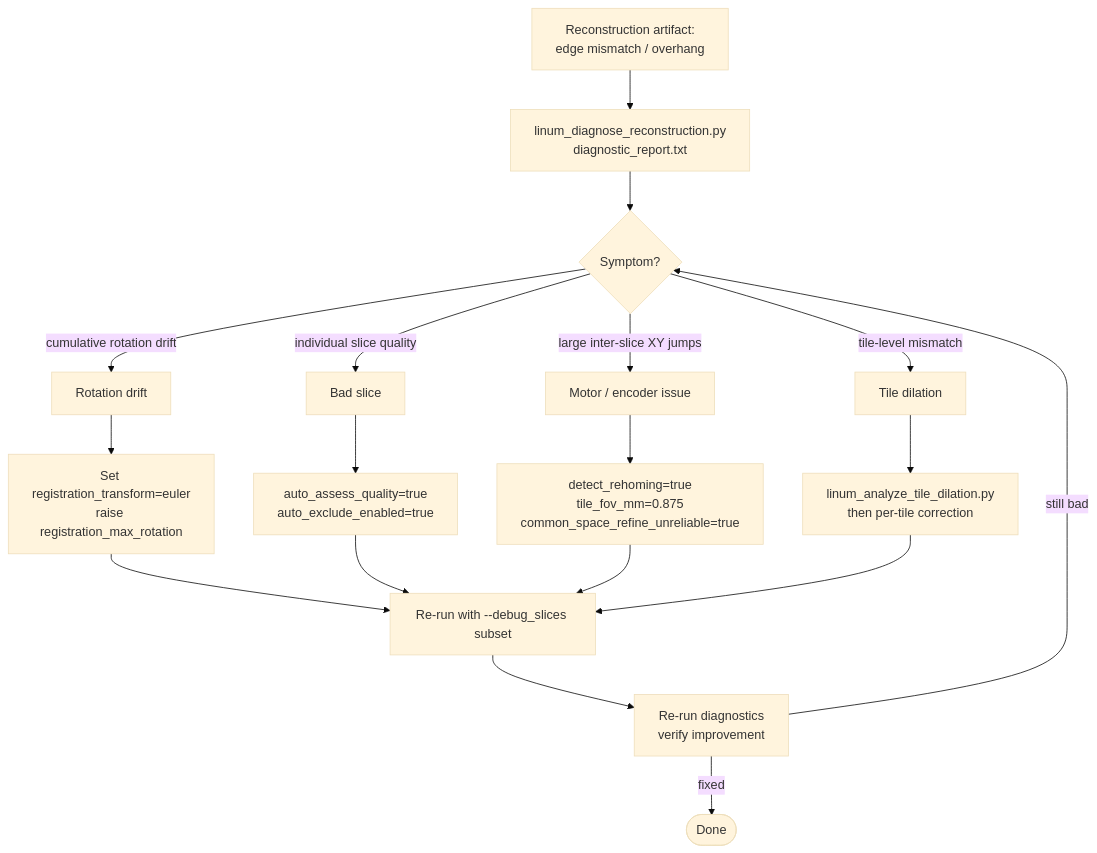
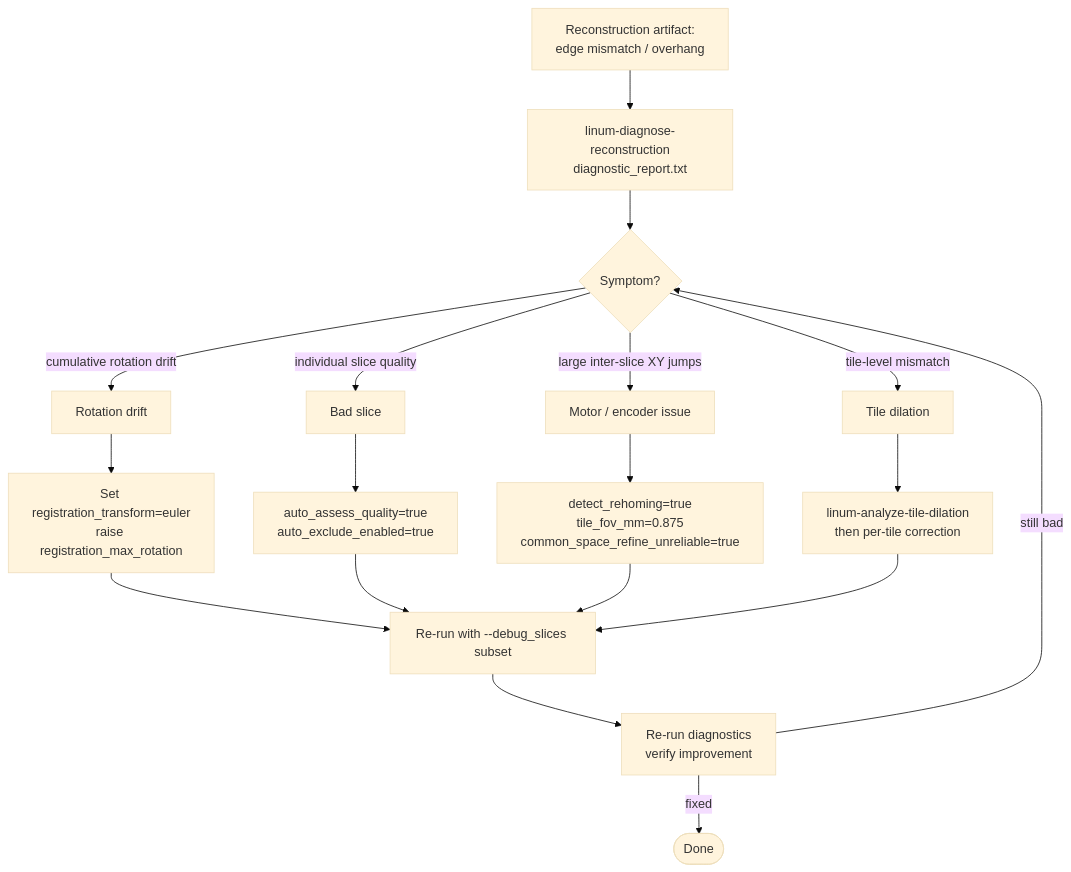
Before and after one commit to linum-uqam/linumpy: the diagram in docs/RECONSTRUCTION_DIAGNOSTICS.md, drawn with Mermaid (base theme). The commit also changed other lines of this file and 70 other files, not shown here.

````diff
--- a/docs/RECONSTRUCTION_DIAGNOSTICS.md
+++ b/docs/RECONSTRUCTION_DIAGNOSTICS.md
@@ -192,20 +192,20 @@
 ```mermaid
 flowchart TD
-    A[Reconstruction artifact:<br/>edge mismatch / overhang] --> B[linum_diagnose_reconstruction.py<br/>diagnostic_report.txt]
+    A[Reconstruction artifact:<br/>edge mismatch / overhang] --> B[linum-diagnose-reconstruction<br/>diagnostic_report.txt]
     B --> C{Symptom?}
     C -->|cumulative rotation drift| D[Rotation drift]
     C -->|individual slice quality| E[Bad slice]
     C -->|large inter-slice XY jumps| F[Motor / encoder issue]
     C -->|tile-level mismatch| G[Tile dilation]
     D --> D1[Set registration_transform=euler<br/>raise registration_max_rotation]
     E --> E1[auto_assess_quality=true<br/>auto_exclude_enabled=true]
     F --> F1[detect_rehoming=true<br/>tile_fov_mm=0.875<br/>common_space_refine_unreliable=true]
-    G --> G1[linum_analyze_tile_dilation.py<br/>then per-tile correction]
+    G --> G1[linum-analyze-tile-dilation<br/>then per-tile correction]
     D1 --> R[Re-run with --debug_slices subset]
     E1 --> R
     F1 --> R
     G1 --> R
     R --> V[Re-run diagnostics<br/>verify improvement]
     V -->|still bad| C
     V -->|fixed| DONE([Done])
 ```
````
